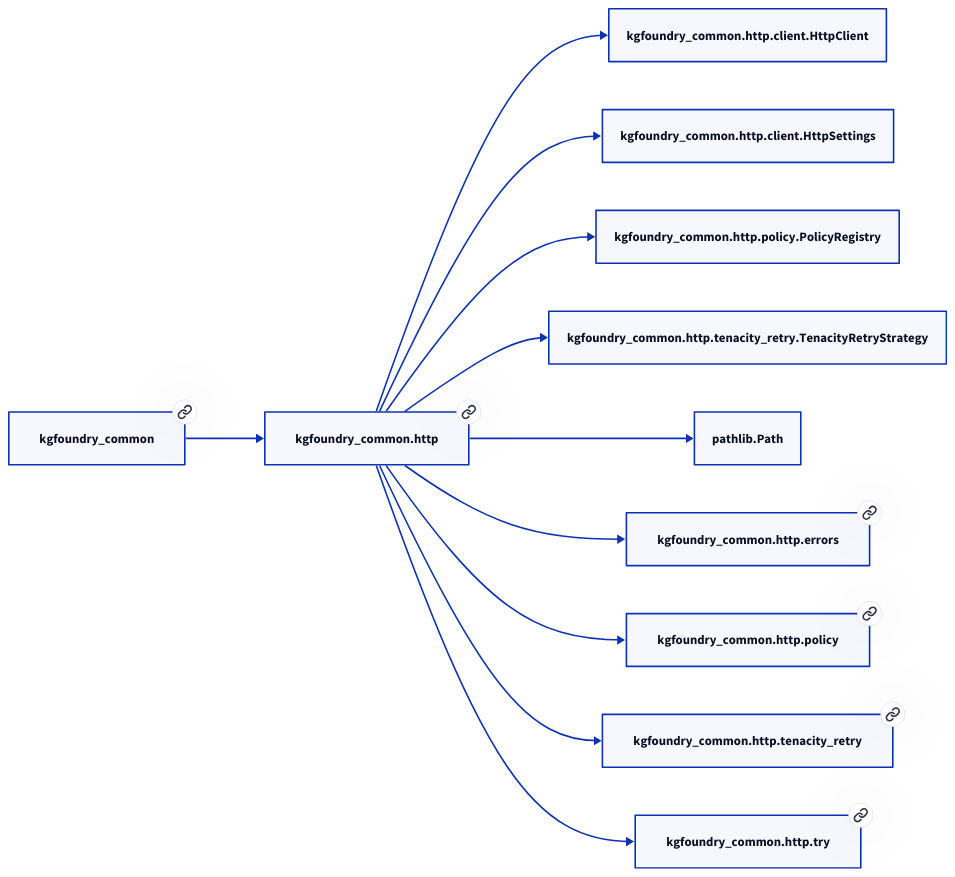
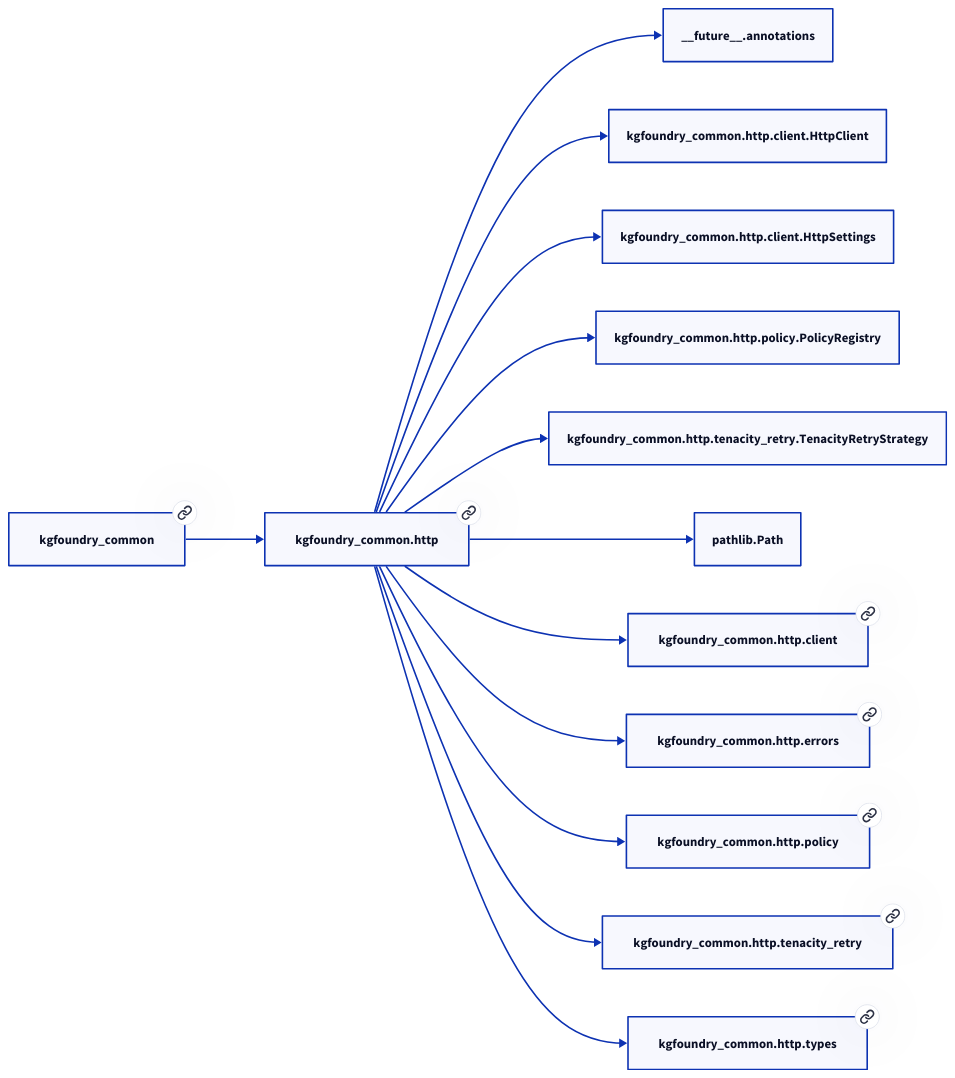
One commit to paul-heyse/kgforge changed the diagram in docs/modules/kgfoundry_common/http.md. Above: the diagram before and after it, drawn with D2. The commit also changed other lines of this file and 45 other files, not shown here.

````diff
--- a/docs/modules/kgfoundry_common/http.md
+++ b/docs/modules/kgfoundry_common/http.md
@@ -30,24 +32,28 @@
 ```d2
 direction: right
 "kgfoundry_common.http": "kgfoundry_common.http" { link: "https://github.com/paul-heyse/kgfoundry/blob/main/src/kgfoundry_common/http/__init__.py" }
+"__future__.annotations": "__future__.annotations"
+"kgfoundry_common.http" -> "__future__.annotations"
 "kgfoundry_common.http.client.HttpClient": "kgfoundry_common.http.client.HttpClient"
 "kgfoundry_common.http" -> "kgfoundry_common.http.client.HttpClient"
 "kgfoundry_common.http.client.HttpSettings": "kgfoundry_common.http.client.HttpSettings"
 "kgfoundry_common.http" -> "kgfoundry_common.http.client.HttpSettings"
 "kgfoundry_common.http.policy.PolicyRegistry": "kgfoundry_common.http.policy.PolicyRegistry"
 "kgfoundry_common.http" -> "kgfoundry_common.http.policy.PolicyRegistry"
 "kgfoundry_common.http.tenacity_retry.TenacityRetryStrategy": "kgfoundry_common.http.tenacity_retry.TenacityRetryStrategy"
 "kgfoundry_common.http" -> "kgfoundry_common.http.tenacity_retry.TenacityRetryStrategy"
 "pathlib.Path": "pathlib.Path"
 "kgfoundry_common.http" -> "pathlib.Path"
 "kgfoundry_common": "kgfoundry_common" { link: "https://github.com/paul-heyse/kgfoundry/blob/main/src/kgfoundry_common/__init__.py" }
 "kgfoundry_common" -> "kgfoundry_common.http" { style: dashed }
+"kgfoundry_common.http.client": "kgfoundry_common.http.client" { link: "https://github.com/paul-heyse/kgfoundry/blob/main/src/kgfoundry_common/http/client.py" }
+"kgfoundry_common.http" -> "kgfoundry_common.http.client" { style: dashed }
 "kgfoundry_common.http.errors": "kgfoundry_common.http.errors" { link: "https://github.com/paul-heyse/kgfoundry/blob/main/src/kgfoundry_common/http/errors.py" }
 "kgfoundry_common.http" -> "kgfoundry_common.http.errors" { style: dashed }
 "kgfoundry_common.http.policy": "kgfoundry_common.http.policy" { link: "https://github.com/paul-heyse/kgfoundry/blob/main/src/kgfoundry_common/http/policy.py" }
 "kgfoundry_common.http" -> "kgfoundry_common.http.policy" { style: dashed }
 "kgfoundry_common.http.tenacity_retry": "kgfoundry_common.http.tenacity_retry" { link: "https://github.com/paul-heyse/kgfoundry/blob/main/src/kgfoundry_common/http/tenacity_retry.py" }
 "kgfoundry_common.http" -> "kgfoundry_common.http.tenacity_retry" { style: dashed }
-"kgfoundry_common.http.try": "kgfoundry_common.http.try" { link: "https://github.com/paul-heyse/kgfoundry/blob/main/src/kgfoundry_common/http/try.py" }
-"kgfoundry_common.http" -> "kgfoundry_common.http.try" { style: dashed }
+"kgfoundry_common.http.types": "kgfoundry_common.http.types" { link: "https://github.com/paul-heyse/kgfoundry/blob/main/src/kgfoundry_common/http/types.py" }
+"kgfoundry_common.http" -> "kgfoundry_common.http.types" { style: dashed }
 ```
````
